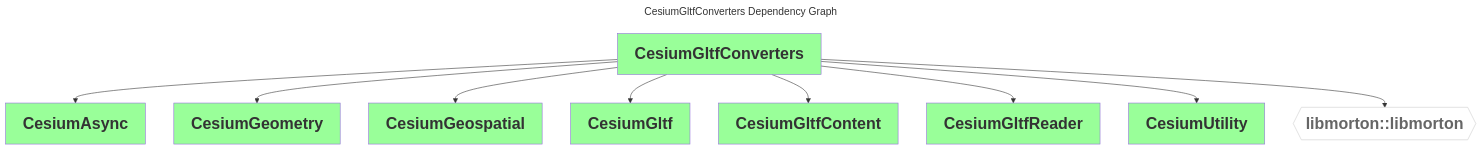
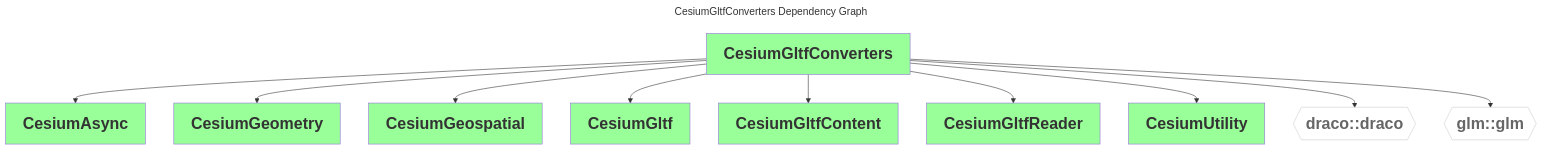
One commit to CesiumGS/cesium-native changed the diagram in doc/diagrams/dependencies/CesiumGltfConverters.mmd. Above: the diagram before and after it, drawn with Mermaid. The commit also changed 4 other files, not shown here.

Commit message:
Regenerate dependency graphs

```diff
--- a/doc/diagrams/dependencies/CesiumGltfConverters.mmd
+++ b/doc/diagrams/dependencies/CesiumGltfConverters.mmd
@@ -1,18 +1,19 @@
 ---
 comment: This file was generated by dep-graph-gen. DO NOT EDIT THIS FILE!
 
 title: CesiumGltfConverters Dependency Graph
 ---
 graph TD
   classDef dependencyNode fill:#fff,stroke:#ccc,color:#666,font-weight:bold,font-size:28px
   classDef libraryNode fill:#9f9,font-weight:bold,font-size:28px
   CesiumGltfConverters[CesiumGltfConverters] --> CesiumAsync[CesiumAsync]
   CesiumGltfConverters[CesiumGltfConverters] --> CesiumGeometry[CesiumGeometry]
   CesiumGltfConverters[CesiumGltfConverters] --> CesiumGeospatial[CesiumGeospatial]
   CesiumGltfConverters[CesiumGltfConverters] --> CesiumGltf[CesiumGltf]
   CesiumGltfConverters[CesiumGltfConverters] --> CesiumGltfContent[CesiumGltfContent]
   CesiumGltfConverters[CesiumGltfConverters] --> CesiumGltfReader[CesiumGltfReader]
   CesiumGltfConverters[CesiumGltfConverters] --> CesiumUtility[CesiumUtility]
-  CesiumGltfConverters[CesiumGltfConverters] --> libmorton_libmorton{{libmorton::libmorton}}
-  class libmorton_libmorton dependencyNode
+  CesiumGltfConverters[CesiumGltfConverters] --> draco_draco{{draco::draco}}
+  CesiumGltfConverters[CesiumGltfConverters] --> glm_glm{{glm::glm}}
+  class draco_draco,glm_glm dependencyNode
   class CesiumAsync,CesiumGeometry,CesiumGeospatial,CesiumGltf,CesiumGltfContent,CesiumGltfReader,CesiumUtility,CesiumGltfConverters libraryNode
```
